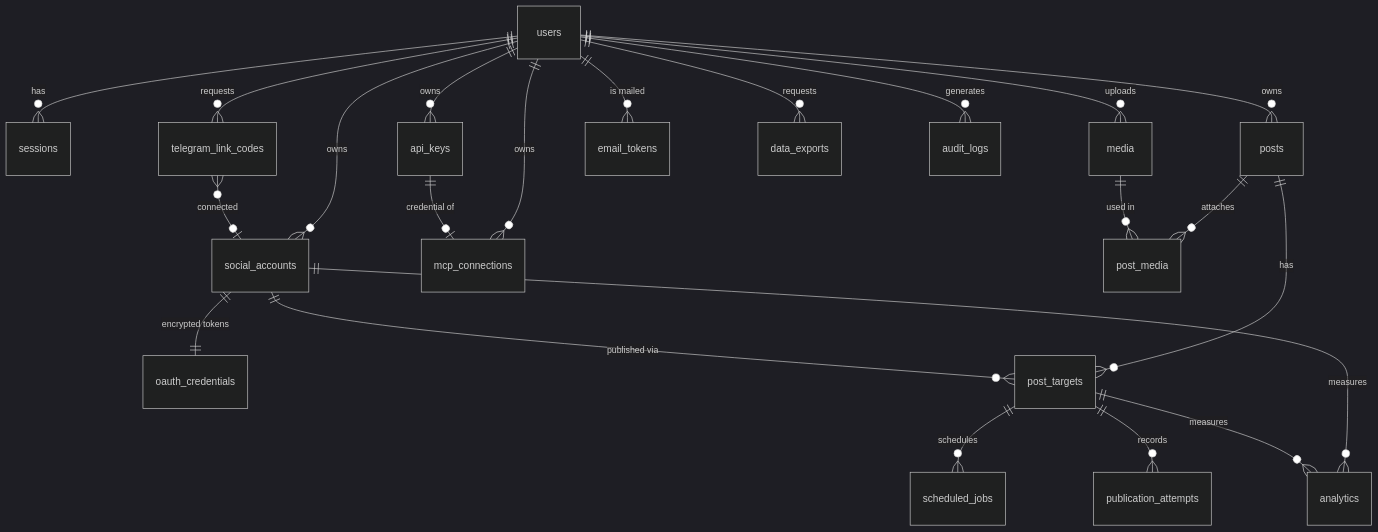
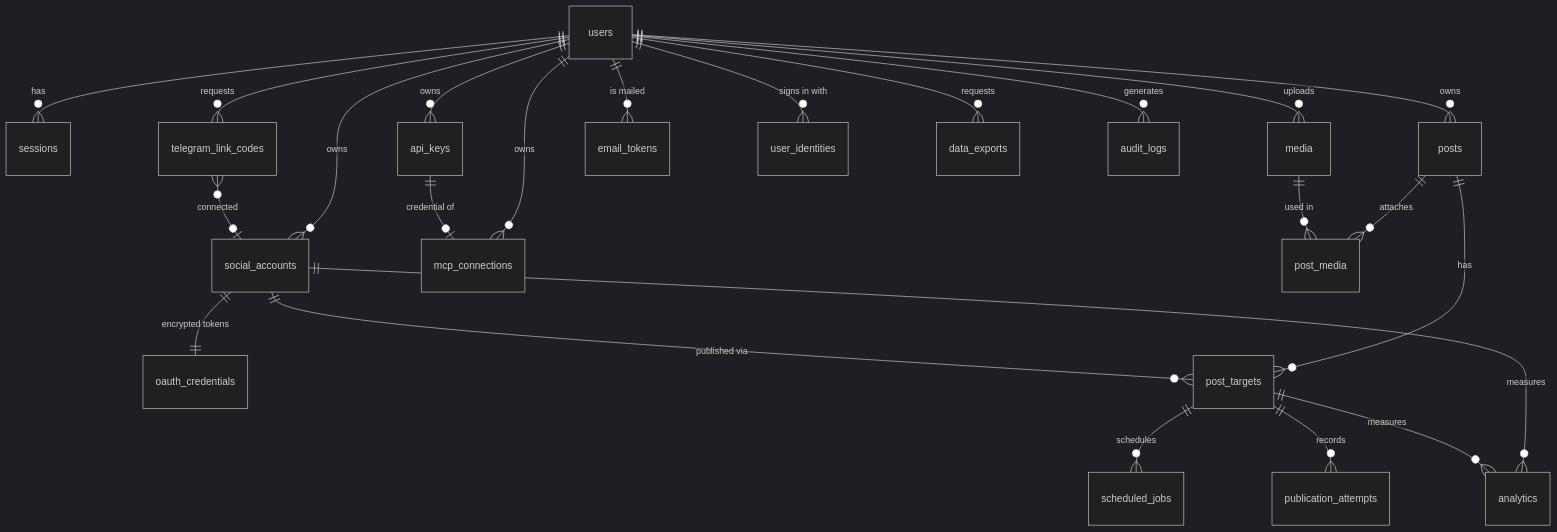
The diagram in docs/ARCHITECTURE.md (XXX1694/SMSI), drawn with Mermaid (dark theme) before and after one commit. The commit also changed other lines of this file and 21 other files, not shown here.

First line of the commit message:
feat(auth): identities schema and password-less users

````diff
--- a/docs/ARCHITECTURE.md
+++ b/docs/ARCHITECTURE.md
@@ -77,24 +77,25 @@
 ```mermaid
 erDiagram
   users ||--o{ sessions : has
   users ||--o{ social_accounts : owns
   users ||--o{ posts : owns
   users ||--o{ media : uploads
   users ||--o{ api_keys : owns
   users ||--o{ mcp_connections : owns
   users ||--o{ telegram_link_codes : requests
   users ||--o{ email_tokens : "is mailed"
+  users ||--o{ user_identities : "signs in with"
   users ||--o{ data_exports : requests
   telegram_link_codes }o--o| social_accounts : "connected"
   users ||--o{ audit_logs : generates
   social_accounts ||--|| oauth_credentials : "encrypted tokens"
   posts ||--o{ post_targets : has
   social_accounts ||--o{ post_targets : "published via"
   posts ||--o{ post_media : attaches
   media ||--o{ post_media : "used in"
   post_targets ||--o{ scheduled_jobs : schedules
   post_targets ||--o{ publication_attempts : records
   api_keys ||--o| mcp_connections : "credential of"
   social_accounts ||--o{ analytics : measures
   post_targets ||--o{ analytics : measures
 ```
````
